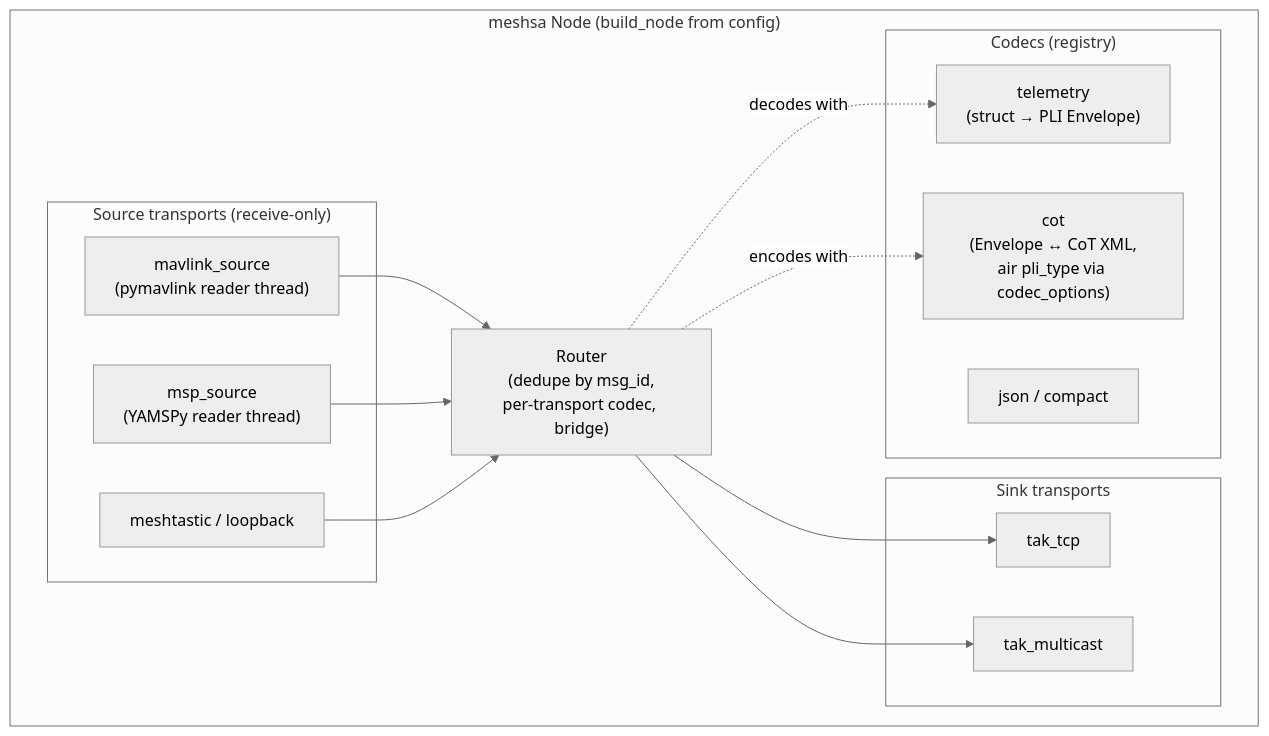
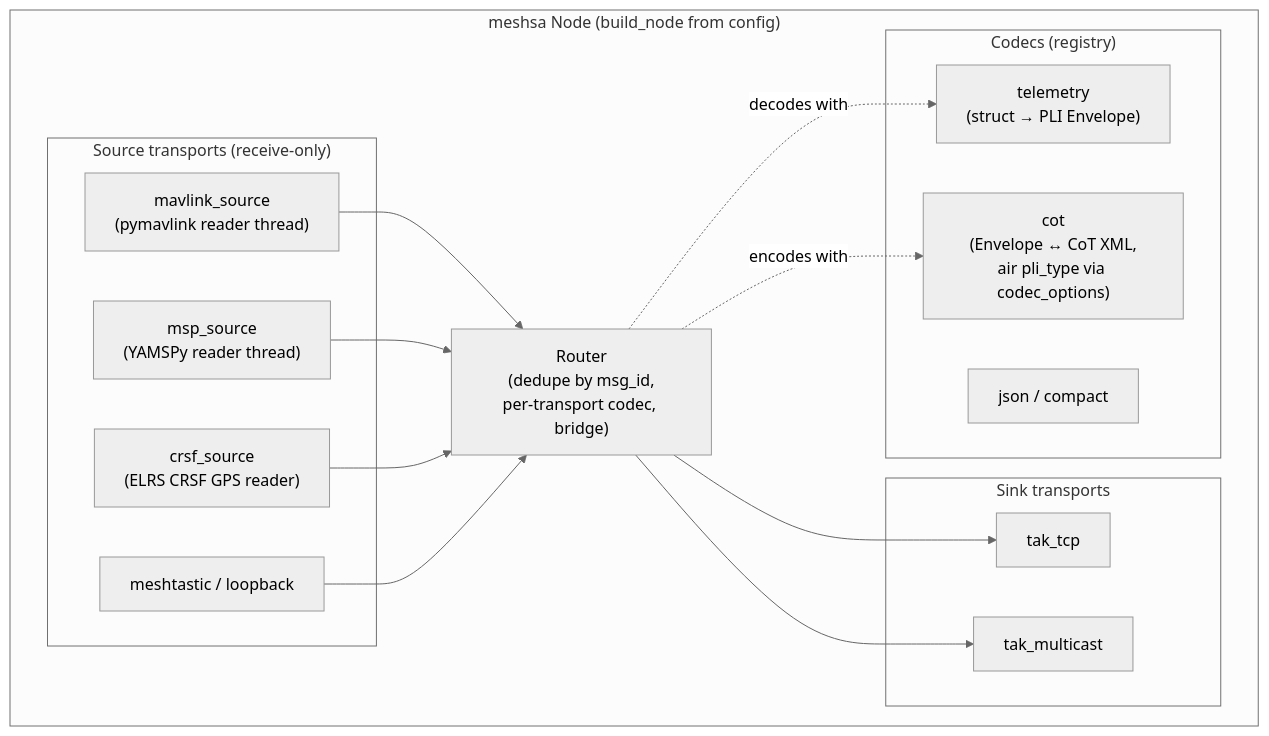
Before and after one commit to ianshank/GCP-Drone-Comms-Unit: the third of 4 diagrams in docs/C4.md, drawn with Mermaid (neutral theme). The commit also changed other lines of this file and 8 other files, not shown here.

First line of the commit message:
docs: ratify supervised-commanding carve-out, add ROADMAP, refresh docs/ignores

````diff
--- a/docs/C4.md
+++ b/docs/C4.md
@@ -56,27 +57,29 @@
 ```mermaid
 flowchart TB
     subgraph node["meshsa Node (build_node from config)"]
         router["Router<br/>(dedupe by msg_id,<br/>per-transport codec, bridge)"]
         subgraph sources["Source transports (receive-only)"]
             mav["mavlink_source<br/>(pymavlink reader thread)"]
             msp["msp_source<br/>(YAMSPy reader thread)"]
+            crsf["crsf_source<br/>(ELRS CRSF GPS reader)"]
             mtx["meshtastic / loopback"]
         end
         subgraph sinks["Sink transports"]
             taktcp["tak_tcp"]
             takmc["tak_multicast"]
         end
         subgraph codecs["Codecs (registry)"]
             tel["telemetry<br/>(struct → PLI Envelope)"]
             cot["cot<br/>(Envelope ↔ CoT XML,<br/>air pli_type via codec_options)"]
             jsonc["json / compact"]
         end
         mav --> router
         msp --> router
+        crsf --> router
         mtx --> router
         router --> taktcp
         router --> takmc
         router -. decodes with .-> tel
         router -. encodes with .-> cot
     end
 ```
````
